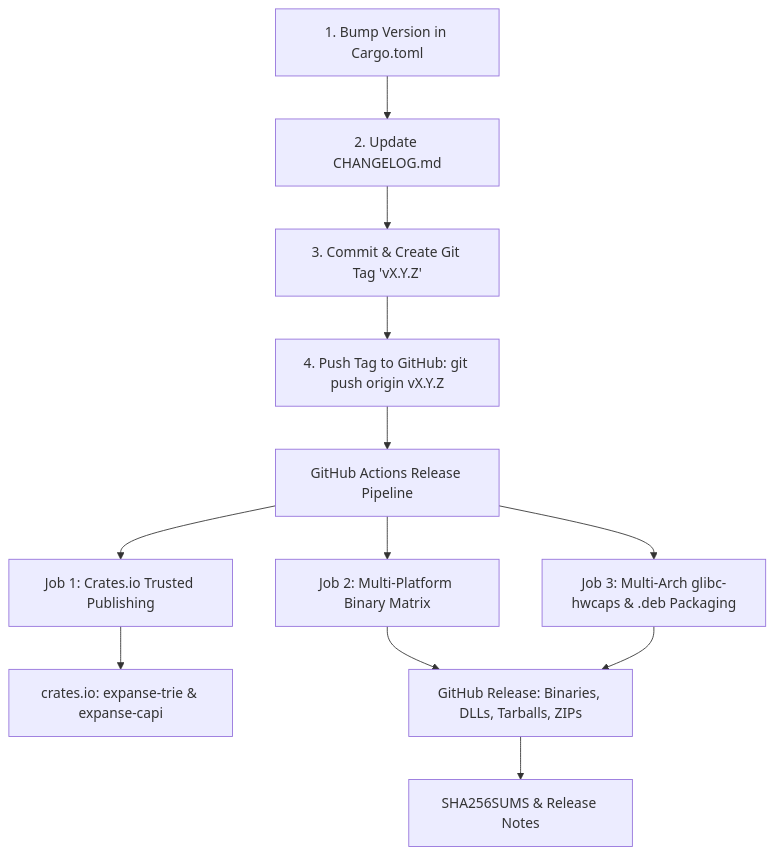
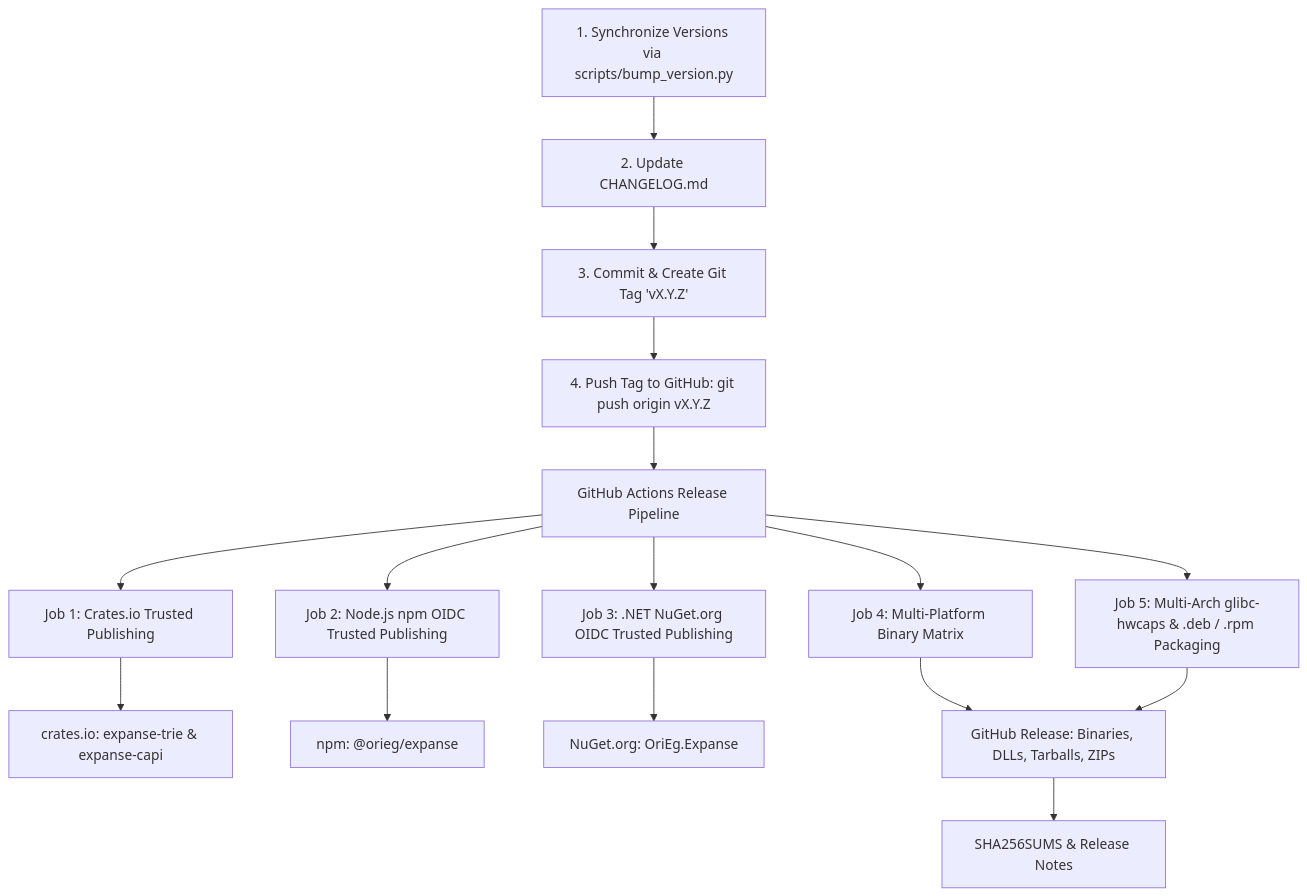
Before and after one commit to orieg/expanse: the diagram in docs/PACKAGING.md, drawn with Mermaid. The commit also changed other lines of this file and 6 other files, not shown here.

First line of the commit message:
docs(packaging): expand documentation for Node.js (npm OIDC), .NET (NuGet), and automated version synchronization (#214)

````diff
--- a/docs/PACKAGING.md
+++ b/docs/PACKAGING.md
@@ -14,16 +14,20 @@
 ```mermaid
 graph TD
-    A[1. Bump Version in Cargo.toml] --> B[2. Update CHANGELOG.md]
+    A[1. Synchronize Versions via scripts/bump_version.py] --> B[2. Update CHANGELOG.md]
     B --> C[3. Commit & Create Git Tag 'vX.Y.Z']
     C --> D[4. Push Tag to GitHub: git push origin vX.Y.Z]
     D --> E[GitHub Actions Release Pipeline]
     
     E --> F[Job 1: Crates.io Trusted Publishing]
-    E --> G[Job 2: Multi-Platform Binary Matrix]
-    E --> H[Job 3: Multi-Arch glibc-hwcaps & .deb Packaging]
+    E --> G[Job 2: Node.js npm OIDC Trusted Publishing]
+    E --> H[Job 3: .NET NuGet.org OIDC Trusted Publishing]
+    E --> I[Job 4: Multi-Platform Binary Matrix]
+    E --> J[Job 5: Multi-Arch glibc-hwcaps & .deb / .rpm Packaging]
     
-    F --> I[crates.io: expanse-trie & expanse-capi]
-    G --> J[GitHub Release: Binaries, DLLs, Tarballs, ZIPs]
-    H --> J
-    J --> K[SHA256SUMS & Release Notes]
+    F --> K[crates.io: expanse-trie & expanse-capi]
+    G --> L[npm: @orieg/expanse]
+    H --> M[NuGet.org: OriEg.Expanse]
+    I --> N[GitHub Release: Binaries, DLLs, Tarballs, ZIPs]
+    J --> N
+    N --> O[SHA256SUMS & Release Notes]
 ```
````
